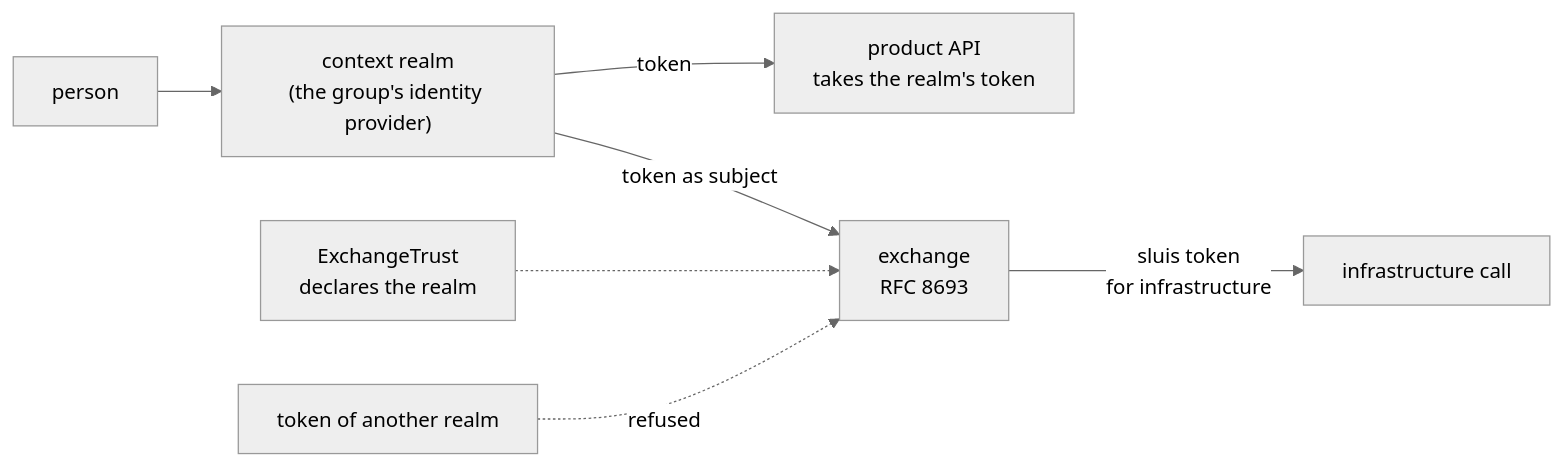
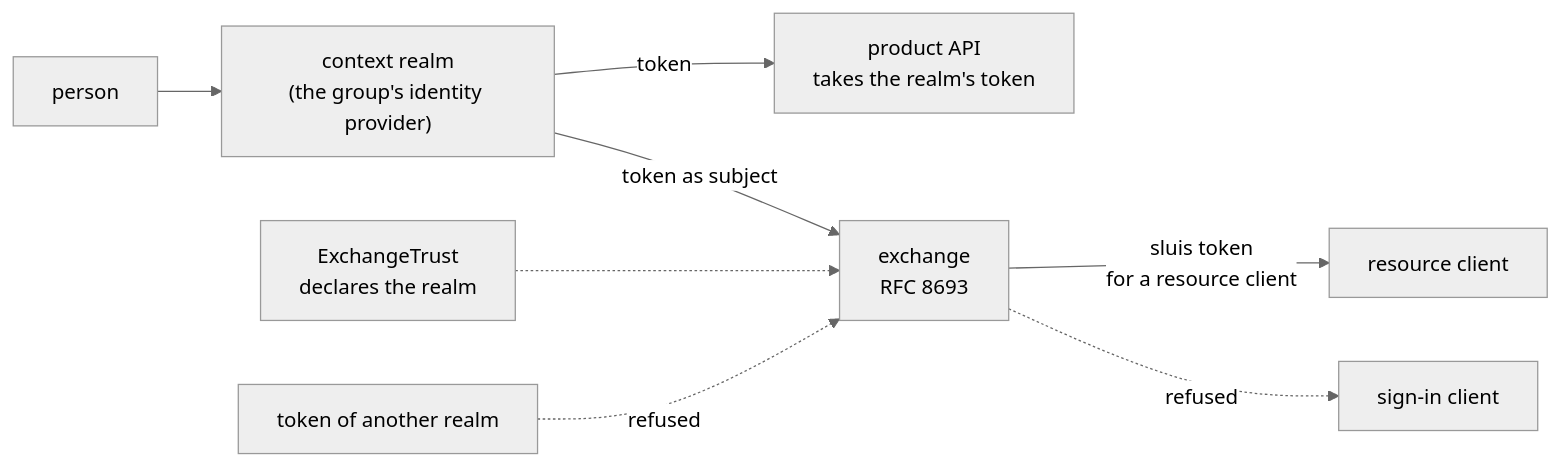
The first of 2 diagrams in docs/concepts/identity.md (truvity/sluis), drawn with Mermaid (neutral theme) before and after one commit. The commit also changed other lines of this file and 32 other files, not shown here.

````diff
--- a/docs/concepts/identity.md
+++ b/docs/concepts/identity.md
@@ -80,9 +91,10 @@
 ```mermaid
 flowchart LR
   user["person"] --> realm["context realm<br/>(the group's identity provider)"]
   realm -->|"token"| prod["product API<br/>takes the realm's token"]
   realm -->|"token as subject"| xchg["exchange<br/>RFC 8693"]
   trust["ExchangeTrust<br/>declares the realm"] -.-> xchg
-  xchg -->|"sluis token<br/>for infrastructure"| infra["infrastructure call"]
+  xchg -->|"sluis token<br/>for a resource client"| res["resource client"]
+  xchg -.->|"refused"| app["sign-in client"]
   other["token of another realm"] -.->|"refused"| xchg
 ```
````
